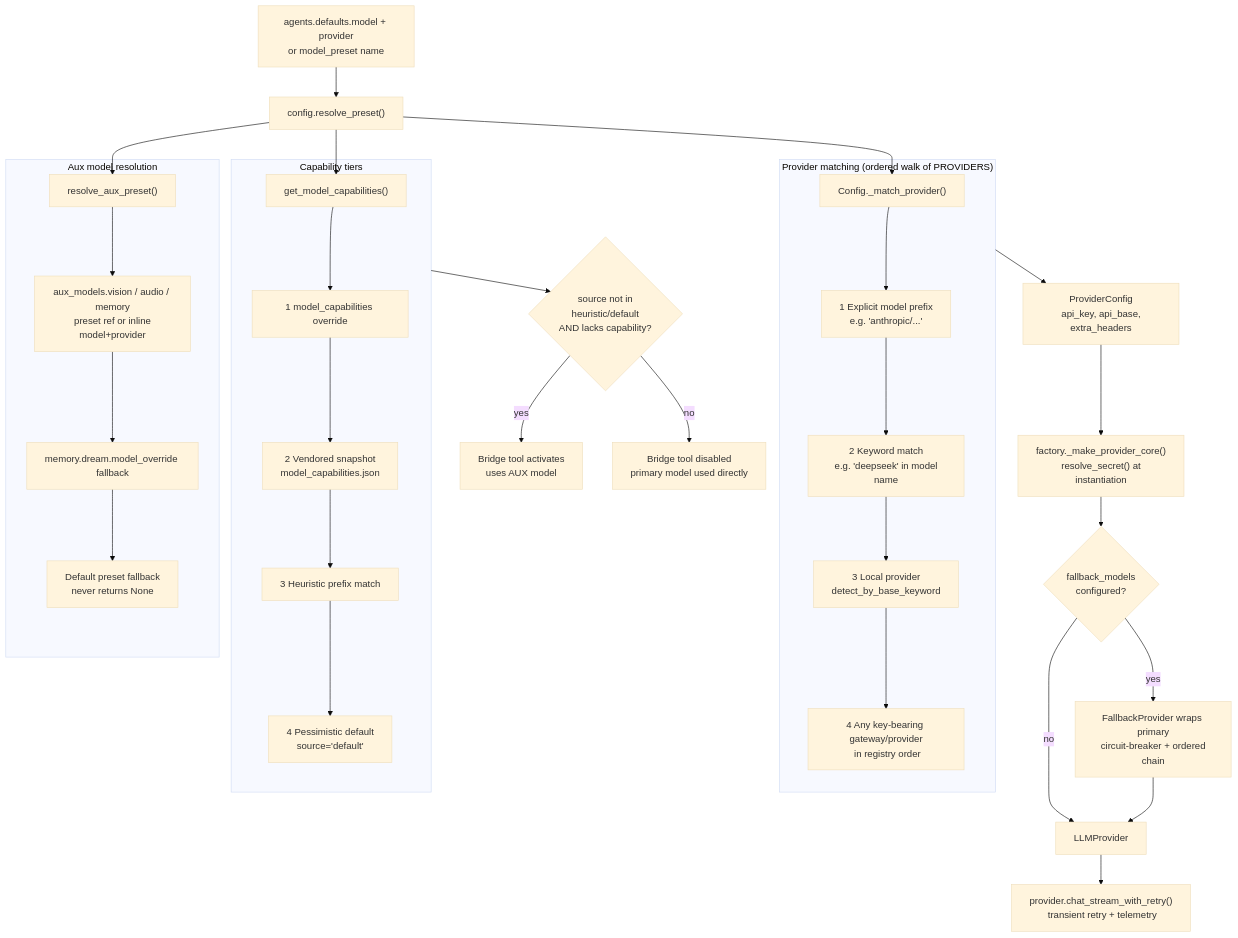
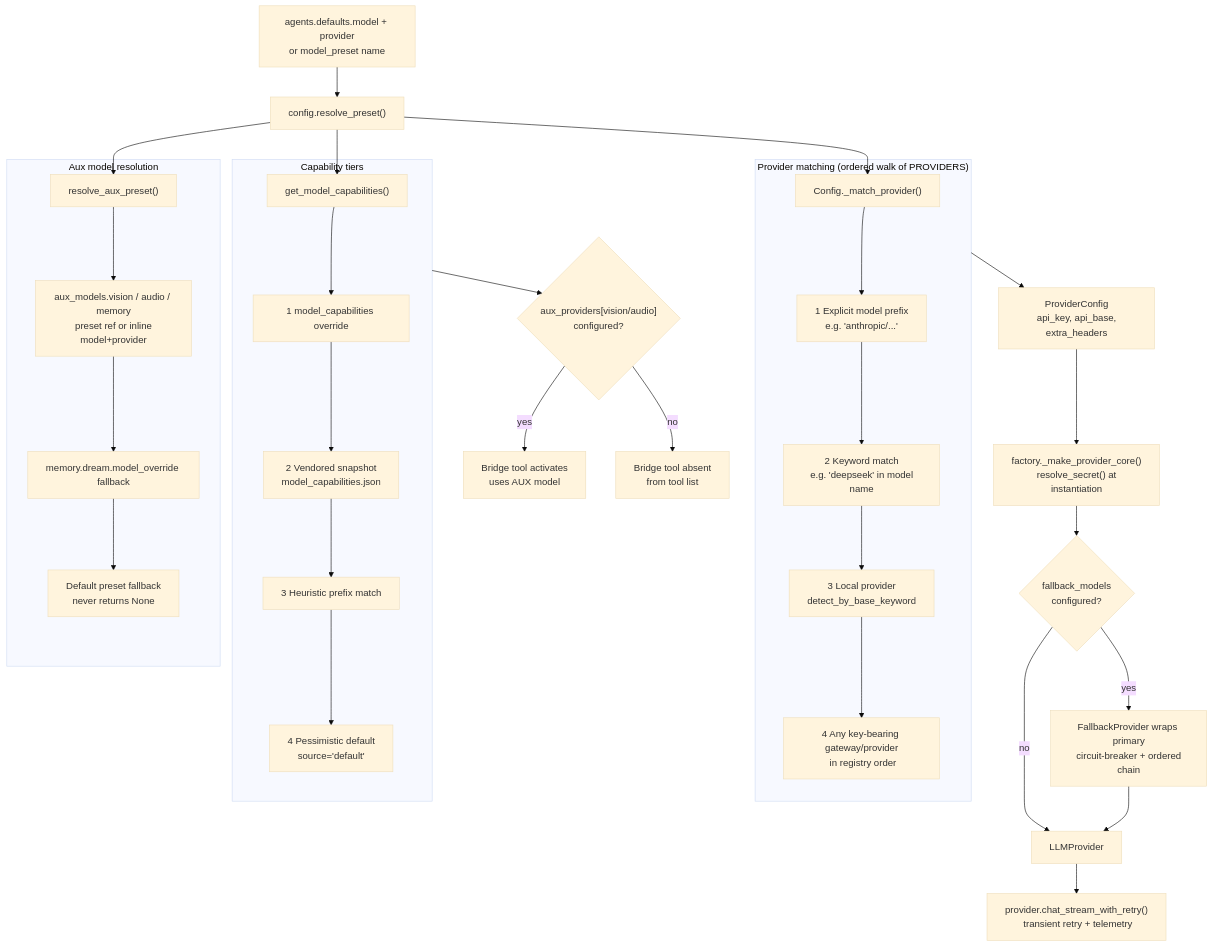
Before and after one commit to mmarmol/durin: the diagram in docs/internals/providers.md, drawn with Mermaid (base theme). The commit also changed other lines of this file and 14 other files, not shown here.

Commit message:
docs(internals): correct factual/diagram findings from Phase 4 review (CLI signatures, config keys, routes, dream passes, registry roles)

````diff
--- a/docs/internals/providers.md
+++ b/docs/internals/providers.md
@@ -50,42 +56,42 @@
 ```mermaid
 flowchart TD
     A["agents.defaults.model + provider\nor model_preset name"] --> B["config.resolve_preset()"]
 
     B --> C["Config._match_provider()"]
     B --> D["get_model_capabilities()"]
     B --> E["resolve_aux_preset()"]
 
     subgraph MATCH["Provider matching (ordered walk of PROVIDERS)"]
         C --> M1["1 Explicit model prefix\n e.g. 'anthropic/...'"]
         M1 --> M2["2 Keyword match\n e.g. 'deepseek' in model name"]
         M2 --> M3["3 Local provider\n detect_by_base_keyword"]
         M3 --> M4["4 Any key-bearing gateway/provider\n in registry order"]
     end
 
     subgraph CAPS["Capability tiers"]
         D --> T1["1 model_capabilities override"]
         T1 --> T2["2 Vendored snapshot\n model_capabilities.json"]
         T2 --> T3["3 Heuristic prefix match"]
         T3 --> T4["4 Pessimistic default\n source='default'"]
     end
 
     subgraph AUX["Aux model resolution"]
         E --> AX1["aux_models.vision / audio / memory\n preset ref or inline model+provider"]
         AX1 --> AX2["memory.dream.model_override fallback"]
         AX2 --> AX3["Default preset fallback\n never returns None"]
     end
 
     MATCH --> F["ProviderConfig\n api_key, api_base, extra_headers"]
     F --> G["factory._make_provider_core()\n resolve_secret() at instantiation"]
 
     G --> H{"fallback_models\nconfigured?"}
     H -- "yes" --> I["FallbackProvider wraps primary\n circuit-breaker + ordered chain"]
     H -- "no" --> J["LLMProvider"]
     I --> J
 
-    CAPS --> K{"source not in\nheuristic/default\nAND lacks capability?"}
+    CAPS --> K{"aux_providers[vision/audio]\nconfigured?"}
     K -- "yes" --> L["Bridge tool activates\n uses AUX model"]
-    K -- "no" --> M["Bridge tool disabled\n primary model used directly"]
+    K -- "no" --> M["Bridge tool absent\n from tool list"]
 
     J --> N["provider.chat_stream_with_retry()\n transient retry + telemetry"]
 ```
````
